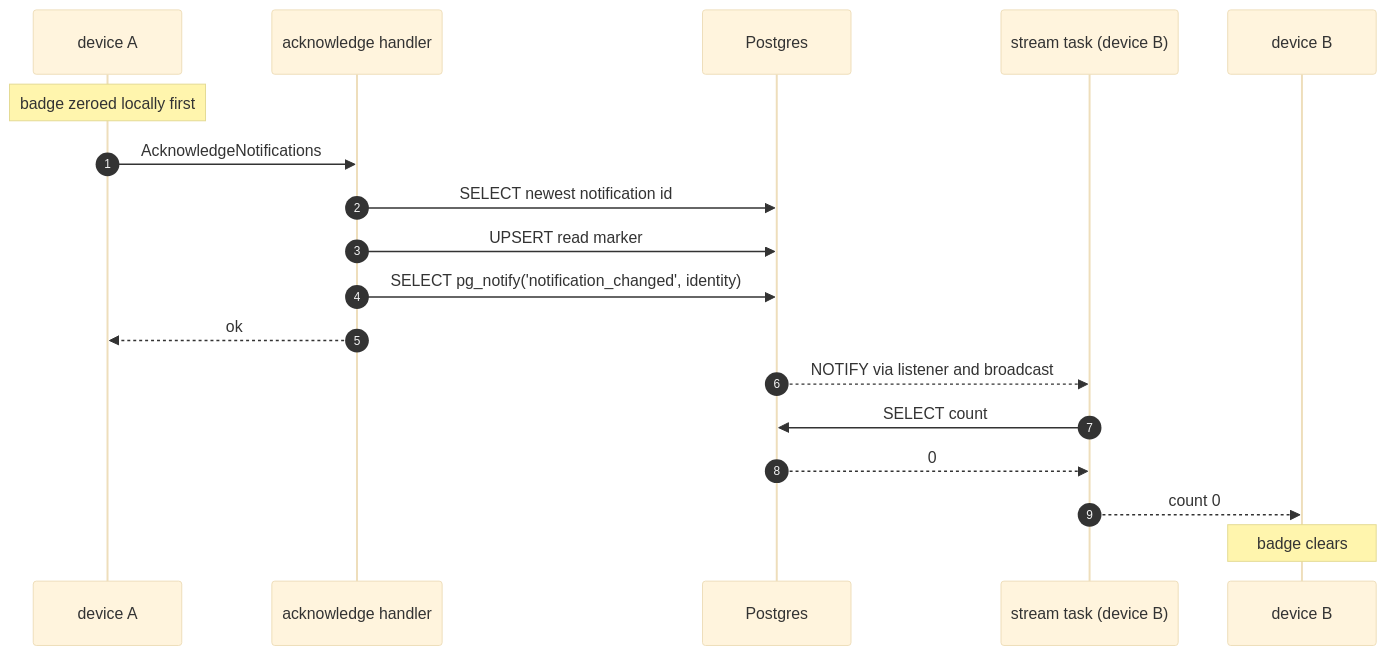
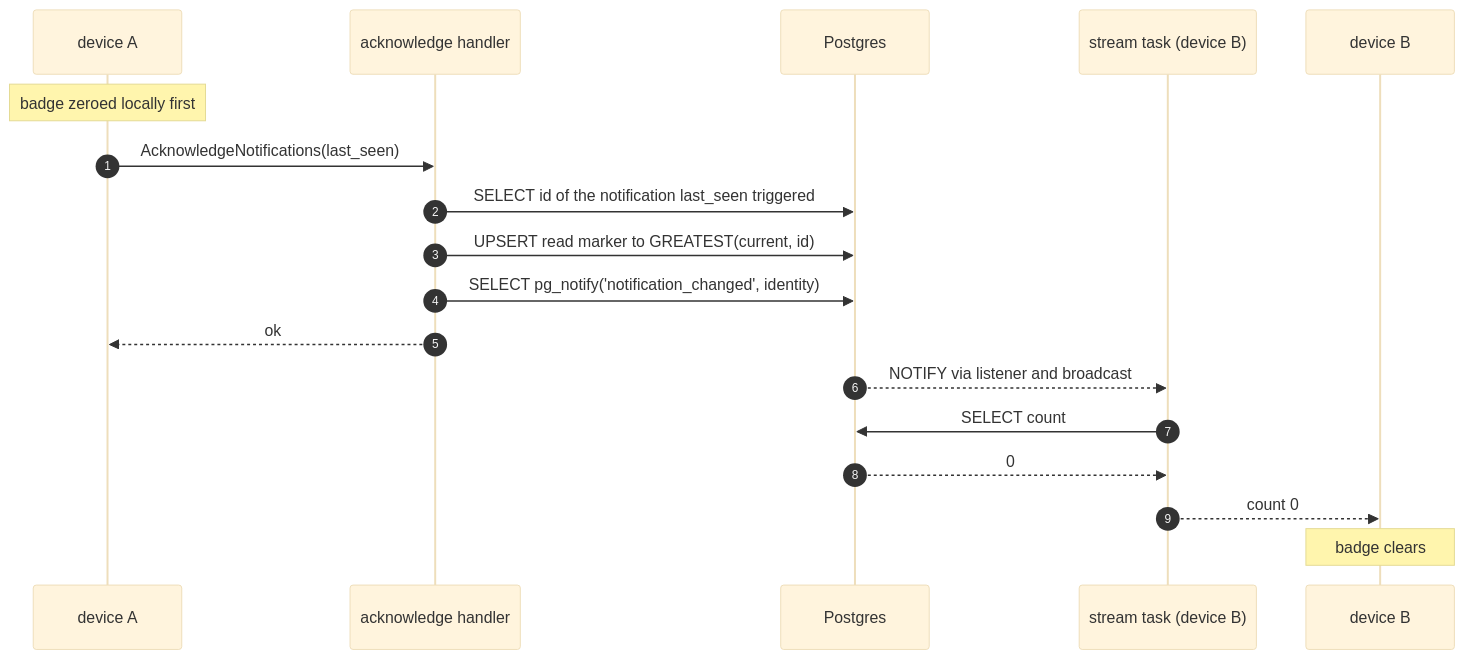
One commit to futo-org/Harbor changed the third of 4 diagrams in docs/content/developer/unread-notifications.md. Above: the diagram before and after it, drawn with Mermaid (base theme). The commit also changed other lines of this file and 7 other files, not shown here.

````diff
--- a/docs/content/developer/unread-notifications.md
+++ b/docs/content/developer/unread-notifications.md
@@ -143,21 +147,21 @@
 ```mermaid
 sequenceDiagram
     autonumber
     participant A as device A
     participant Server as acknowledge handler
     participant PG as Postgres
     participant Task as stream task (device B)
     participant B as device B
 
     Note over A: badge zeroed locally first
-    A->>Server: AcknowledgeNotifications
-    Server->>PG: SELECT newest notification id
-    Server->>PG: UPSERT read marker
+    A->>Server: AcknowledgeNotifications(last_seen)
+    Server->>PG: SELECT id of the notification last_seen triggered
+    Server->>PG: UPSERT read marker to GREATEST(current, id)
     Server->>PG: SELECT pg_notify('notification_changed', identity)
     Server-->>A: ok
     PG-->>Task: NOTIFY via listener and broadcast
     Task->>PG: SELECT count
     PG-->>Task: 0
     Task-->>B: count 0
     Note over B: badge clears
 ```
````
